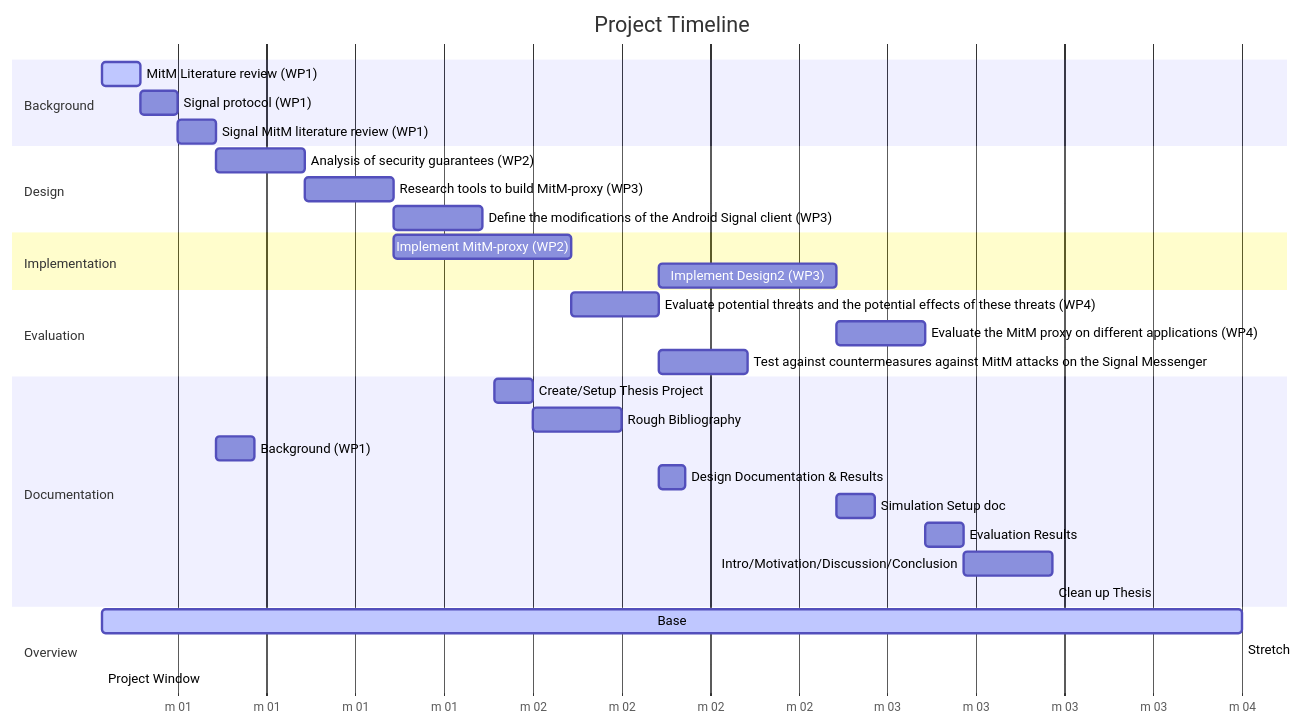
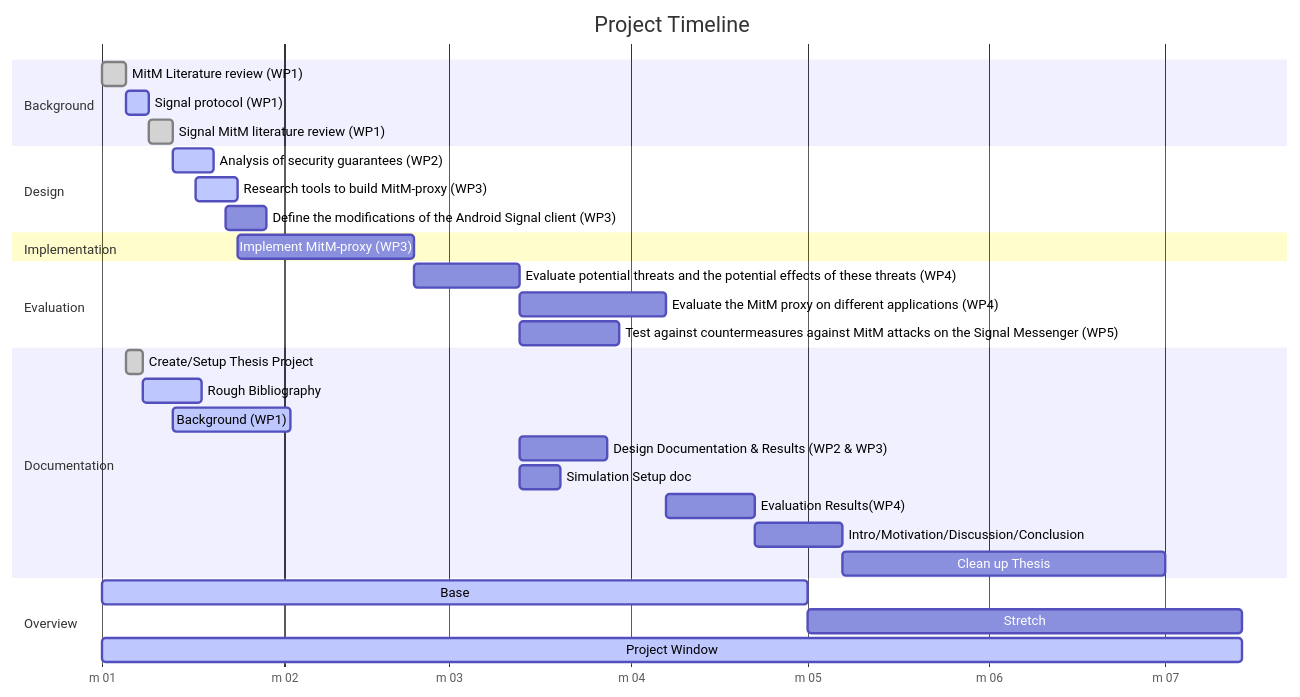
One commit to LordByku/signal-mitm changed the diagram in README.md. Above: the diagram before and after it, drawn with Mermaid.

Commit message:
Updated gantt chart

````diff
--- a/README.md
+++ b/README.md
@@ -12,49 +12,49 @@
 ```mermaid
 gantt
-dateFormat  M
+dateFormat  YYYY-MM-DD
 axisFormat m %m
 title Project Timeline
 
 section Background
 
-    MitM Literature review (WP1) :active, rev1, 01, 3d
-    Signal protocol (WP1) : rev2, after rev1, 3d
-    Signal MitM literature review (WP1) : rev3, after rev2, 3d
+    MitM Literature review (WP1) :done, rev1, 2023-01-01, 4d
+    Signal protocol (WP1) : active, rev2, after rev1, 4d
+    Signal MitM literature review (WP1) : done, rev3, after rev2, 4d
 
 section Design
 
-    Analysis of security guarantees (WP2): des1, after rev3,7d
-    Research tools to build MitM-proxy (WP3): des2, after des1, 7d
-    Define the modifications of the Android Signal client (WP3): des3, after des2, 7d
+    Analysis of security guarantees (WP2): active, des1,2023-01-13,7d
+    Research tools to build MitM-proxy (WP3): active, des2, 2023-01-17, 7d
+    Define the modifications of the Android Signal client (WP3): des3, 2023-01-22, 7d
 
 section Implementation
 
-    Implement MitM-proxy (WP2): imp1, after des2, 14d
-    Implement Design2 (WP3): imp2, after eval1, 14d
+    Implement MitM-proxy (WP3): imp1, after des2, 30d
 
 section Evaluation
-     Evaluate potential threats and the potential effects of these threats (WP4): eval1, after imp1, 7d
-     Evaluate the MitM proxy on different applications (WP4): eval2, after imp2, 7d
-     Test against countermeasures against MitM attacks on the Signal Messenger : eval3, after eval1, 7d
+     Evaluate potential threats and the potential effects of these threats (WP4): eval1, after imp1, 18d
+     Evaluate the MitM proxy on different applications (WP4): eval2, 2023-03-13, 25d
+     Test against countermeasures against MitM attacks on the Signal Messenger (WP5) : eval3, after eval1, 17d
 
 
 section Documentation
 
-   Create/Setup Thesis Project: doc1, 02, 3d
-   Rough Bibliography: doc2, after doc1, 7d
-   Background (WP1): doc3, after rev3, 3d
+   Create/Setup Thesis Project: done, doc1, 2023-01-05, 3d
+   Rough Bibliography: active, doc2, after doc1, 10d
+   Background (WP1): active, doc3, after rev3, 20d
 
-   Design Documentation & Results: doc4, after eval1, 2d
-   Simulation Setup doc: doc9, after imp2, 3d
-   Evaluation Results: doc10, after eval2, 3d
-   Intro/Motivation/Discussion/Conclusion: doc11, after doc10,7d
-   Clean up Thesis: doc0, after doc11, 07
+   Design Documentation & Results (WP2 & WP3): doc4, after eval1, 15d
+   Simulation Setup doc: doc9, after imp2, 7d
+   Evaluation Results(WP4): doc10, after eval2, 15d
+   Intro/Motivation/Discussion/Conclusion: doc11, after doc10,15d
+   Clean up Thesis: doc0, after doc11, 2023-07-01
 
 
 section Overview
 
-   Base: active, over2, 01, 90d
-   Stretch: over3, after over2, 07
-   Project Window: active, over1, 01, 07
+   Base: active, over2, 2023-01-01, 120d
+   Stretch: over3, after over2, 2023-07-14
+   Project Window: active, over1, 2023-01-01 , 2023-07-14
+
 
 ```
````
